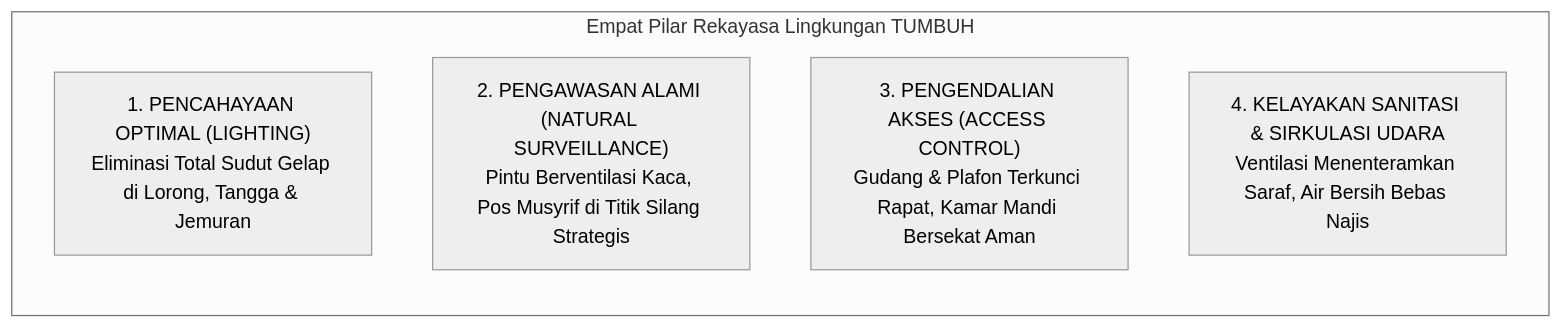
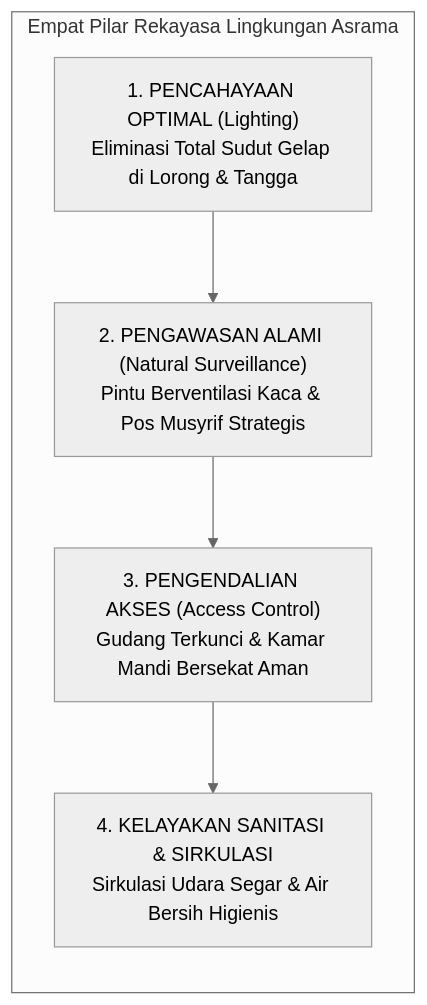
The second of 4 diagrams in BOOK Series 1/01-The-Fundamental-of-TUMBUH/Bab-11-Rekayasa-Lingkungan-Asrama-dan-Ekosistem-Terpadu-24-Jam.md (wandiapriliyandi/tumbuh), drawn with Mermaid (neutral theme) before and after one commit. The commit also changed other lines of this file and 35 other files, not shown here.

Commit message:
fix(book-01): optimasi keterbacaan diagram mermaid pada seluruh bab dan perbarui 20 file PDF

````diff
--- a/BOOK Series 1/01-The-Fundamental-of-TUMBUH/Bab-11-Rekayasa-Lingkungan-Asrama-dan-Ekosistem-Terpadu-24-Jam.md
+++ b/BOOK Series 1/01-The-Fundamental-of-TUMBUH/Bab-11-Rekayasa-Lingkungan-Asrama-dan-Ekosistem-Terpadu-24-Jam.md
@@ -42,9 +42,10 @@
 ```mermaid
-graph LR
-    subgraph EMPAT_PILAR_REKAYASA_ASRAMA["Empat Pilar Rekayasa Lingkungan TUMBUH"]
-        P1["1. PENCAHAYAAN OPTIMAL (LIGHTING)<br/>Eliminasi Total Sudut Gelap di Lorong, Tangga & Jemuran"]
-        P2["2. PENGAWASAN ALAMI (NATURAL SURVEILLANCE)<br/>Pintu Berventilasi Kaca, Pos Musyrif di Titik Silang Strategis"]
-        P3["3. PENGENDALIAN AKSES (ACCESS CONTROL)<br/>Gudang & Plafon Terkunci Rapat, Kamar Mandi Bersekat Aman"]
-        P4["4. KELAYAKAN SANITASI & SIRKULASI UDARA<br/>Ventilasi Menenteramkan Saraf, Air Bersih Bebas Najis"]
+graph TD
+    subgraph EMPAT_PILAR_REKAYASA_ASRAMA["Empat Pilar Rekayasa Lingkungan Asrama"]
+        direction TB
+        P1["1. PENCAHAYAAN OPTIMAL (Lighting)<br/>Eliminasi Total Sudut Gelap di Lorong & Tangga"]
+        --> P2["2. PENGAWASAN ALAMI (Natural Surveillance)<br/>Pintu Berventilasi Kaca & Pos Musyrif Strategis"]
+        --> P3["3. PENGENDALIAN AKSES (Access Control)<br/>Gudang Terkunci & Kamar Mandi Bersekat Aman"]
+        --> P4["4. KELAYAKAN SANITASI & SIRKULASI<br/>Sirkulasi Udara Segar & Air Bersih Higienis"]
     end
 ```
````
